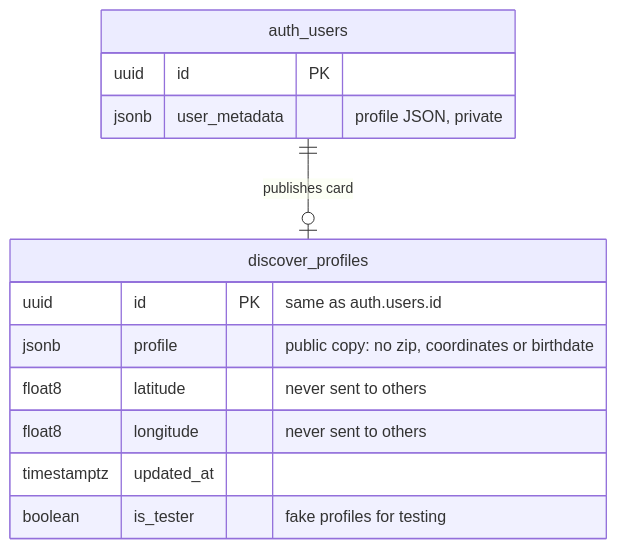
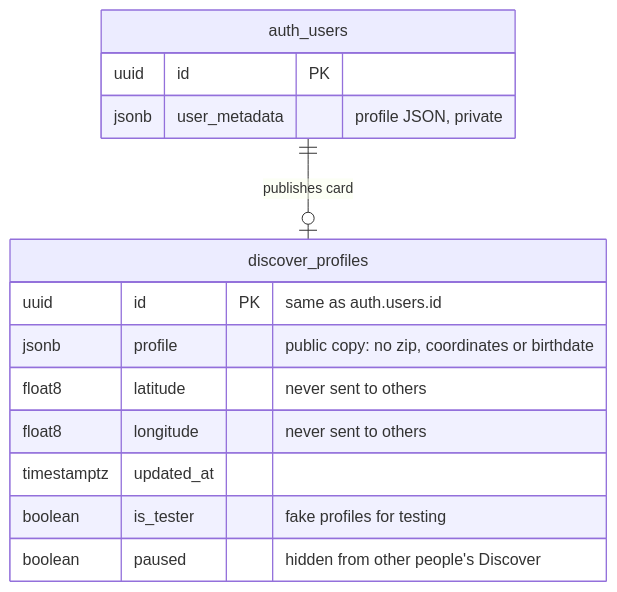
One commit to rehman20052/SwoleMates changed the sixth of 6 diagrams in docs/DATA_MODEL.md. Above: the diagram before and after it, drawn with Mermaid. The commit also changed other lines of this file and 22 other files, not shown here.

````diff
--- a/docs/DATA_MODEL.md
+++ b/docs/DATA_MODEL.md
@@ -315,16 +315,17 @@
 ```mermaid
 erDiagram
   auth_users {
     uuid id PK
     jsonb user_metadata "profile JSON, private"
   }
   discover_profiles {
     uuid id PK "same as auth.users.id"
     jsonb profile "public copy: no zip, coordinates or birthdate"
     float8 latitude "never sent to others"
     float8 longitude "never sent to others"
     timestamptz updated_at
     boolean is_tester "fake profiles for testing"
+    boolean paused "hidden from other people's Discover"
   }
   auth_users ||--o| discover_profiles : "publishes card"
 ```
````
